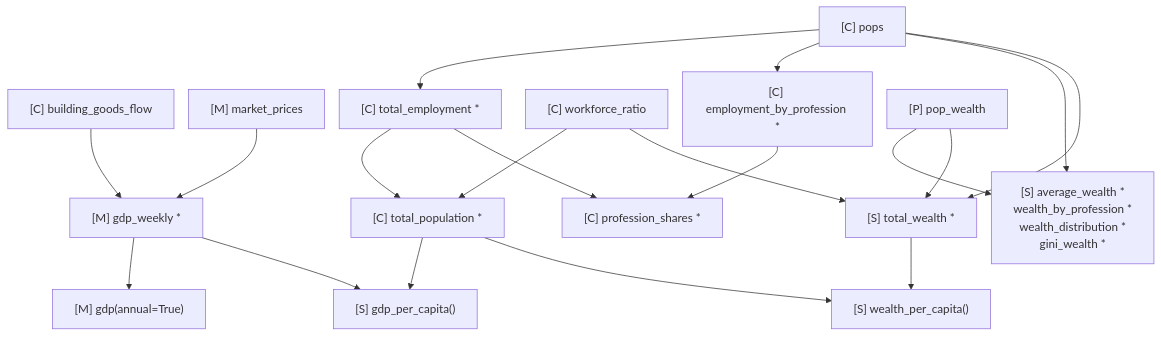
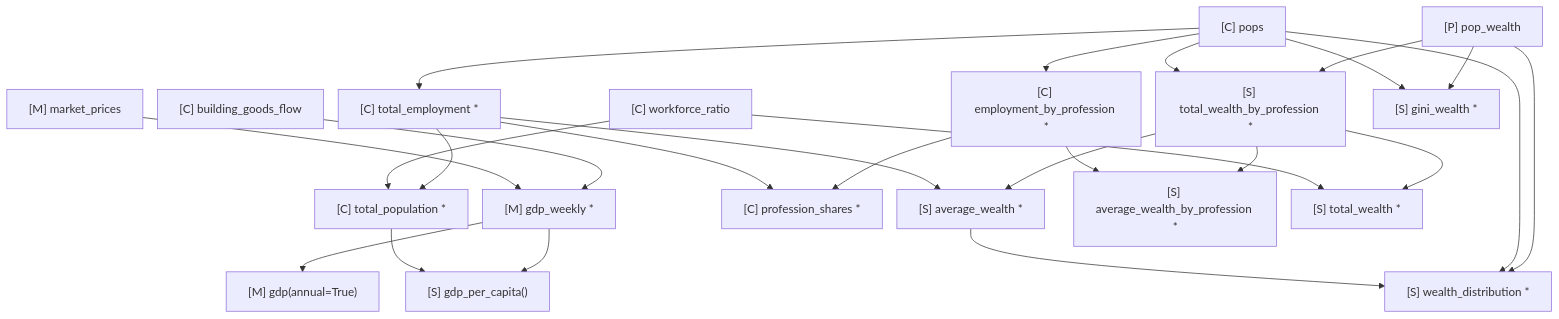
Before and after one commit to ShabbyGayBar/victoria3-analysis: the fourth of 4 diagrams in docs/design/economy-dependencies.md, drawn with Mermaid. The commit also changed other lines of this file and 13 other files, not shown here.

````diff
--- a/docs/design/economy-dependencies.md
+++ b/docs/design/economy-dependencies.md
@@ -268,45 +268,51 @@
 ```mermaid
 ---
 config:
   flowchart:
     useMaxWidth: false
     nodeSpacing: 20
     rankSpacing: 35
   themeCSS: |
     .node.context rect { fill: var(--vic3-owner-context) !important; }
     .node.market rect { fill: var(--vic3-owner-market) !important; }
     .node.household rect { fill: var(--vic3-owner-pop) !important; }
     .node.snapshot rect { fill: var(--vic3-owner-state) !important; }
     .node rect { stroke: var(--vic3-owner-border) !important; }
     .nodeLabel { color: var(--vic3-owner-text) !important; }
     .flowchart-link { stroke: var(--vic3-owner-edge) !important; }
     marker path { fill: var(--vic3-owner-edge) !important; stroke: var(--vic3-owner-edge) !important; }
     .edgeLabel, .edgeLabel p { color: var(--vic3-owner-text) !important; background: var(--md-default-bg-color) !important; }
 ---
 flowchart TD
     F["[C] building_goods_flow"]:::context --> GDP["[M] gdp_weekly *"]:::market
     PRICE["[M] market_prices"]:::market --> GDP
     GDP --> AGDP["[M] gdp(annual=True)"]:::market
 
     N["[C] pops"]:::context --> EMP["[C] total_employment *"]:::context
     EMP --> POP["[C] total_population *"]:::context
     R["[C] workforce_ratio"]:::context --> POP
 
     GDP --> GDPC["[S] gdp_per_capita()"]:::snapshot
     POP --> GDPC
 
     N --> EP["[C] employment_by_profession *"]:::context
     EP --> PS["[C] profession_shares *"]:::context
     EMP --> PS
 
-    W["[P] pop_wealth"]:::household --> WS["[S] average_wealth *<br/>wealth_by_profession *<br/>wealth_distribution *<br/>gini_wealth *"]:::snapshot
+    W["[P] pop_wealth"]:::household --> WT["[S] total_wealth_by_profession *"]:::snapshot
+    N --> WT
+    WT --> AW["[S] average_wealth *"]:::snapshot
+    EMP --> AW
+    WT --> WP["[S] average_wealth_by_profession *"]:::snapshot
+    EP --> WP
+
+    W --> WS["[S] wealth_distribution *"]:::snapshot
     N --> WS
+    AW --> WS
+    W --> GW["[S] gini_wealth *"]:::snapshot
+    N --> GW
 
-    W --> TW["[S] total_wealth *"]:::snapshot
-    N --> TW
+    WT --> TW["[S] total_wealth *"]:::snapshot
     R --> TW
 
-    TW --> WPC["[S] wealth_per_capita()"]:::snapshot
-    POP --> WPC
-
 ```
````
